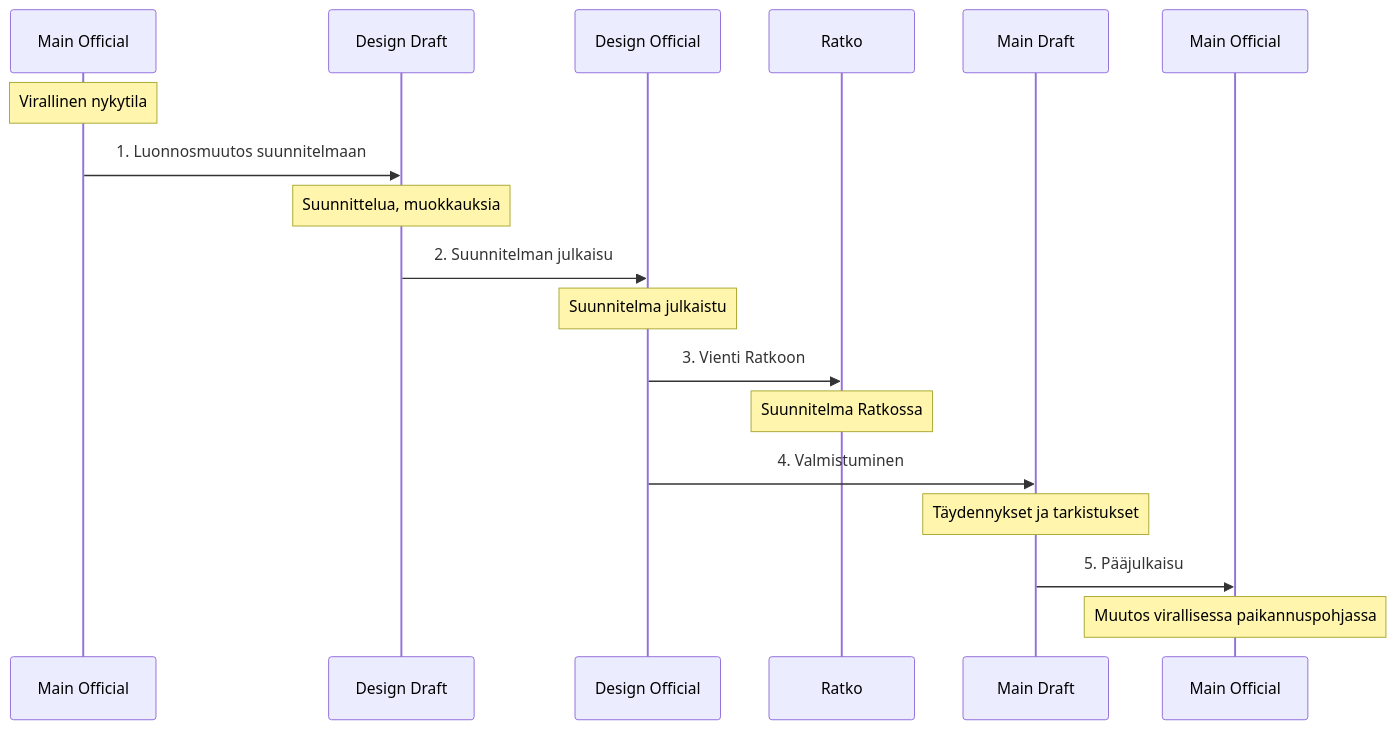
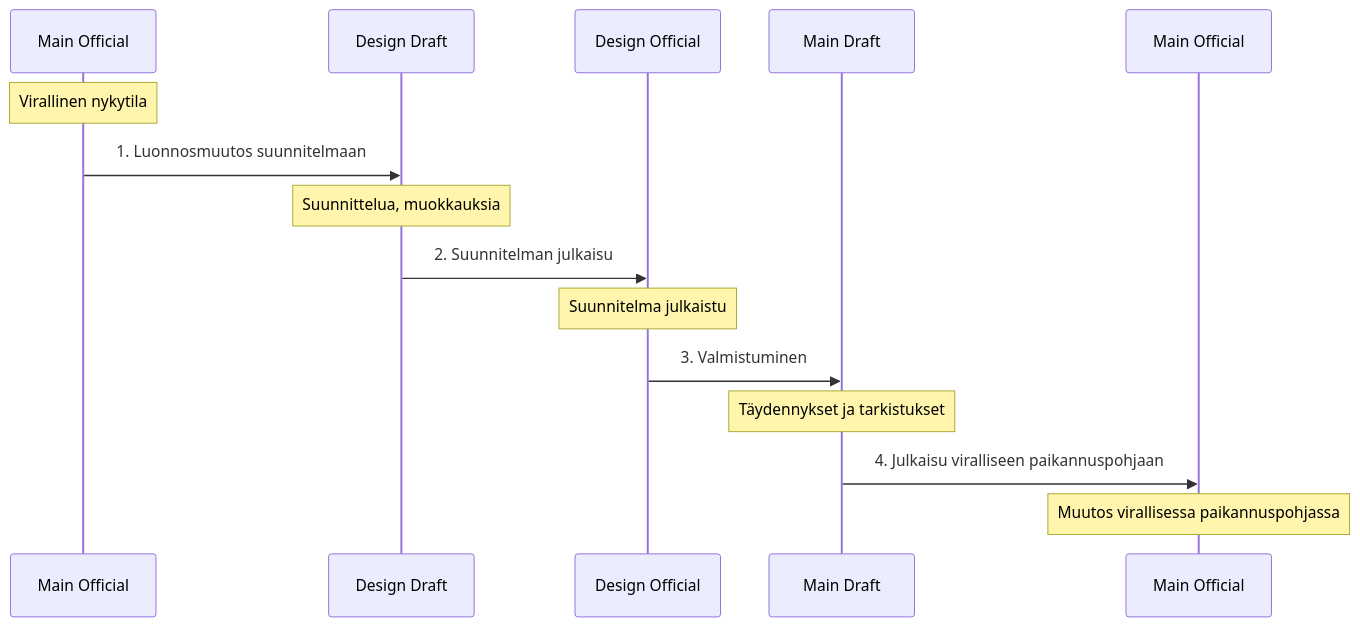
The second of 3 diagrams in doc/suunnitelmatila.md (finnishtransportagency/geoviite), drawn with Mermaid before and after one commit. The commit also changed other lines of this file, not shown here.

Commit message:
GVT-3158: Remove references to ratko push, also do other smaller iterations

````diff
--- a/doc/suunnitelmatila.md
+++ b/doc/suunnitelmatila.md
@@ -61,21 +60,18 @@
 ```mermaid
 sequenceDiagram
     participant MO as Main Official
     participant DD as Design Draft
     participant DO as Design Official
-    participant Ratko as Ratko
     participant MD as Main Draft
     participant MO2 as Main Official
     
     Note over MO: Virallinen nykytila
     MO->>DD: 1. Luonnosmuutos suunnitelmaan
     Note over DD: Suunnittelua, muokkauksia
     DD->>DO: 2. Suunnitelman julkaisu
     Note over DO: Suunnitelma julkaistu
-    DO->>Ratko: 3. Vienti Ratkoon
-    Note over Ratko: Suunnitelma Ratkossa
-    DO->>MD: 4. Valmistuminen
+    DO->>MD: 3. Valmistuminen
     Note over MD: Täydennykset ja tarkistukset
-    MD->>MO2: 5. Pääjulkaisu
+    MD->>MO2: 4. Julkaisu viralliseen paikannuspohjaan
     Note over MO2: Muutos virallisessa paikannuspohjassa
 ```
````
